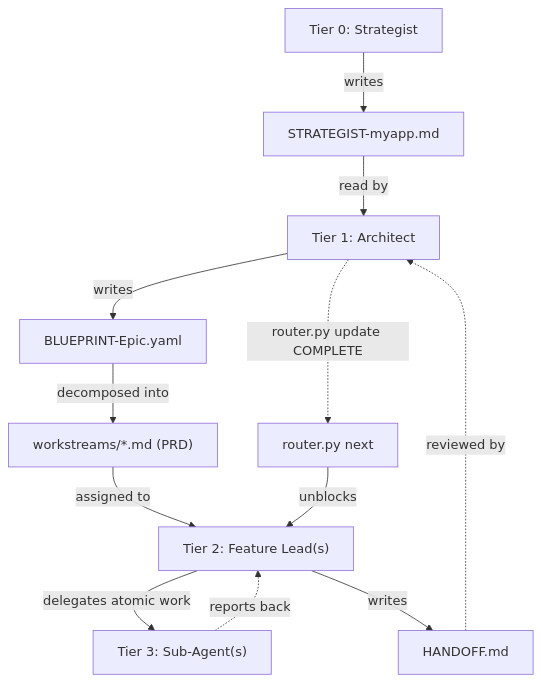
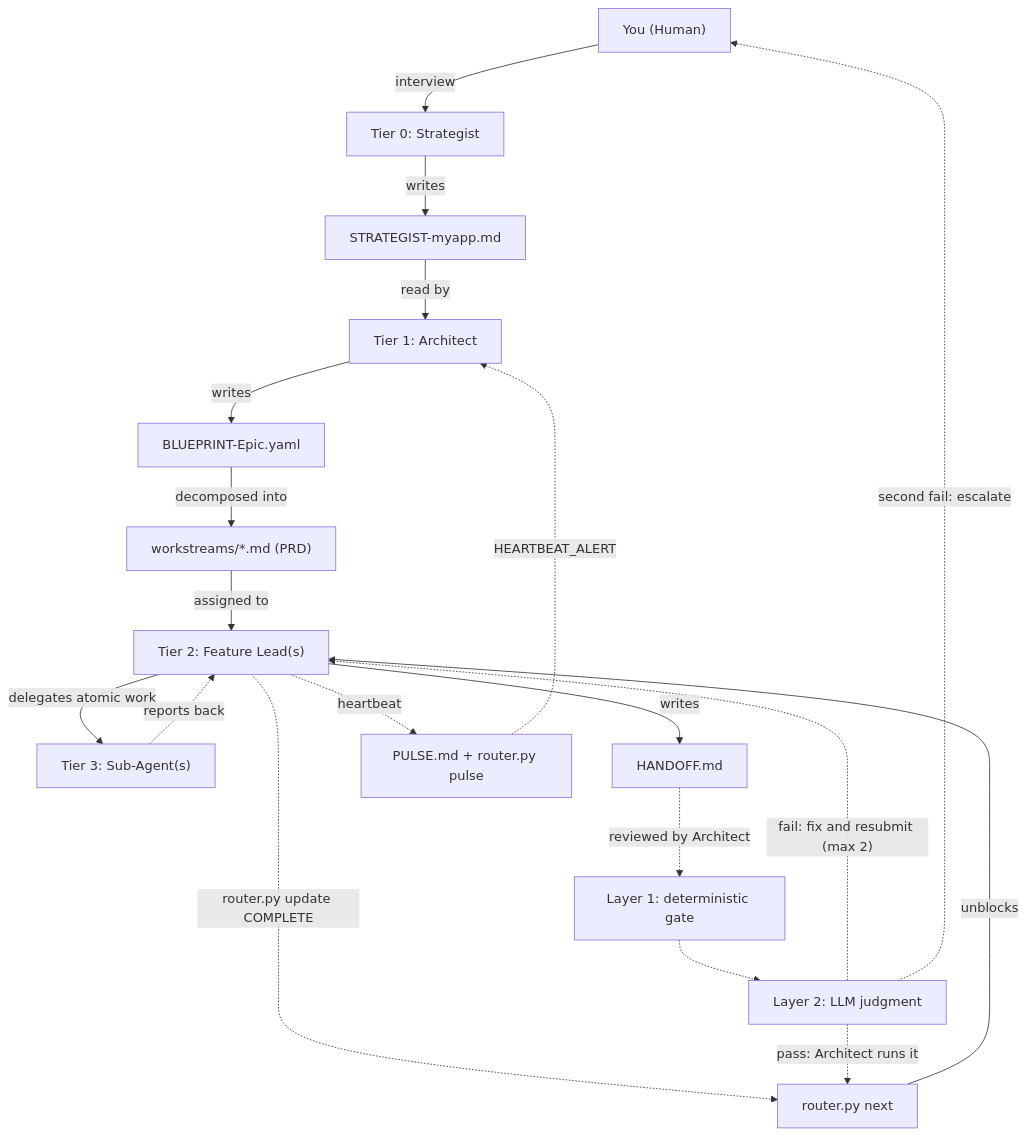
The diagram in README.md (shi503/fractal-agent-system), drawn with Mermaid before and after one commit. The commit also changed other lines of this file, not shown here.

Commit message:
docs: restore the validation loop in the architecture diagram
Re-adds the human, PULSE, the Layer 1/2 gates, the two-attempt retry, and the escalation path that the artifact-chain redraw dropped, using the settled artifact vocabulary. Also moves router.py update COMPLETE to the Feature Lead, matching the agent definition.

````diff
--- a/README.md
+++ b/README.md
@@ -166,25 +166,39 @@
 ```mermaid
 graph TB
+    You["You (Human)"]
     Strategist["Tier 0: Strategist"]
     Architect["Tier 1: Architect"]
     FeatureLeads["Tier 2: Feature Lead(s)"]
     SubAgents["Tier 3: Sub-Agent(s)"]
 
     S["STRATEGIST-myapp.md"]
     B["BLUEPRINT-Epic.yaml"]
     P["workstreams/*.md (PRD)"]
     H["HANDOFF.md"]
     R["router.py next"]
+    Pulse["PULSE.md + router.py pulse"]
+    L1["Layer 1: deterministic gate"]
+    L2["Layer 2: LLM judgment"]
 
+    %% Delegation flows down
+    You -->|interview| Strategist
     Strategist -->|writes| S
     S -->|read by| Architect
     Architect -->|writes| B
     B -->|decomposed into| P
     P -->|assigned to| FeatureLeads
+    R -->|unblocks| FeatureLeads
     FeatureLeads -->|delegates atomic work| SubAgents
+
+    %% Validation flows up
     SubAgents -.->|reports back| FeatureLeads
+    FeatureLeads -.->|heartbeat| Pulse
+    Pulse -.->|HEARTBEAT_ALERT| Architect
     FeatureLeads -->|writes| H
-    H -.->|reviewed by| Architect
-    Architect -.->|router.py update COMPLETE| R
-    R -->|unblocks| FeatureLeads
+    FeatureLeads -.->|router.py update COMPLETE| R
+    H -.->|reviewed by Architect| L1
+    L1 -.-> L2
+    L2 -.->|pass: Architect runs it| R
+    L2 -.->|"fail: fix and resubmit (max 2)"| FeatureLeads
+    L2 -.->|second fail: escalate| You
 ```
````
